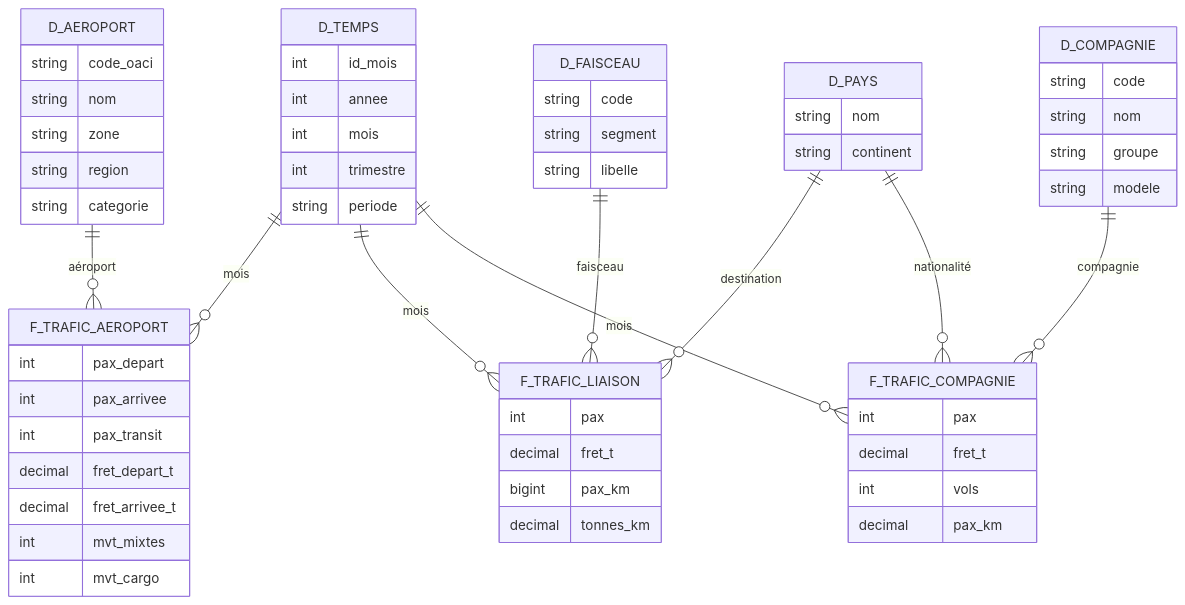
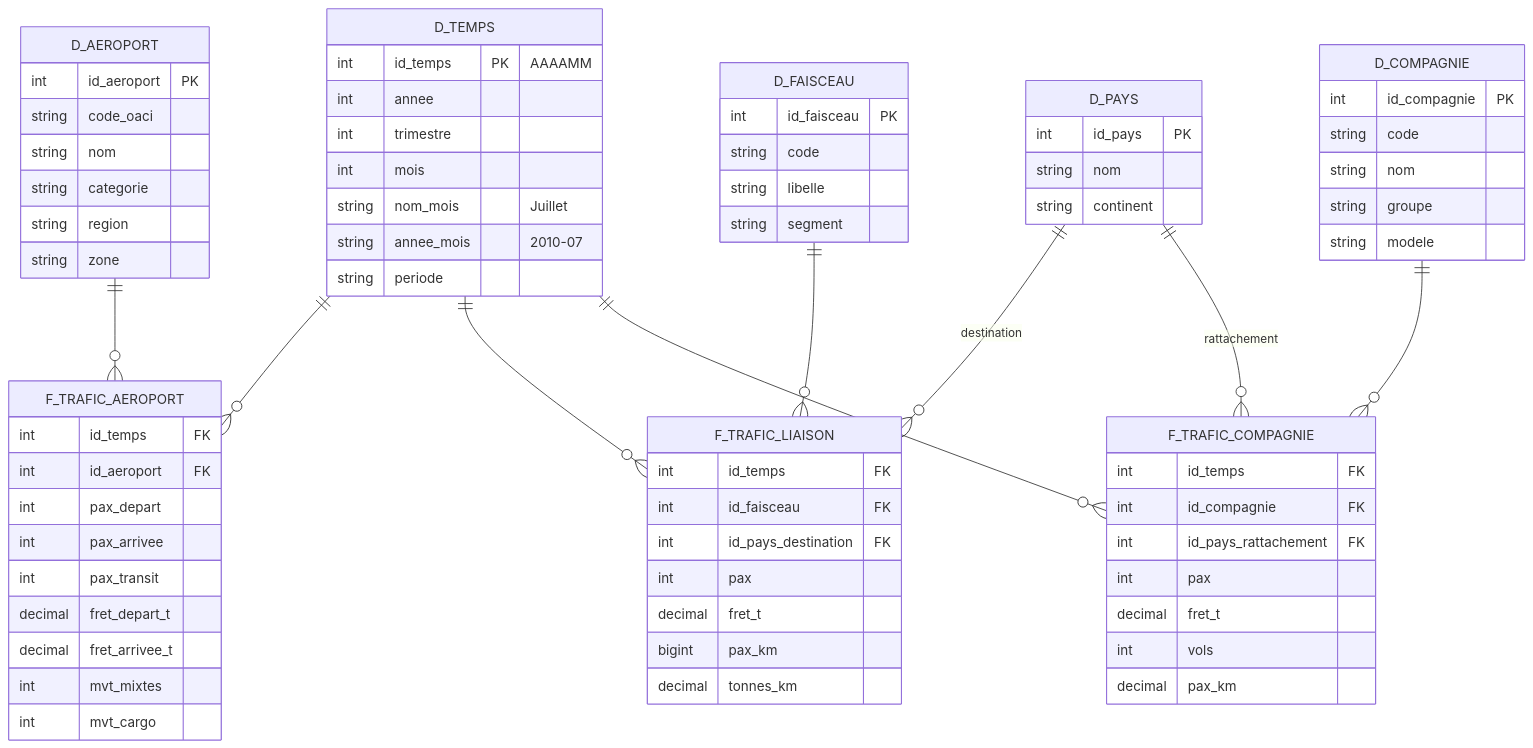
One commit to DANUTSHELL/PROJET-Dashboard-Trafic-Aerien-Commercial-Francais-par-Aeroport changed the first of 2 diagrams in README.md. Above: the diagram before and after it, drawn with Mermaid. The commit also changed other lines of this file and 2 other files, not shown here.

````diff
--- a/README.md
+++ b/README.md
@@ -55,62 +69,76 @@
 ```mermaid
 erDiagram
-    D_TEMPS ||--o{ F_TRAFIC_AEROPORT : "mois"
-    D_TEMPS ||--o{ F_TRAFIC_LIAISON : "mois"
-    D_TEMPS ||--o{ F_TRAFIC_COMPAGNIE : "mois"
-    D_AEROPORT ||--o{ F_TRAFIC_AEROPORT : "aéroport"
-    D_FAISCEAU ||--o{ F_TRAFIC_LIAISON : "faisceau"
+    D_TEMPS ||--o{ F_TRAFIC_AEROPORT : ""
+    D_TEMPS ||--o{ F_TRAFIC_LIAISON : ""
+    D_TEMPS ||--o{ F_TRAFIC_COMPAGNIE : ""
+    D_AEROPORT ||--o{ F_TRAFIC_AEROPORT : ""
+    D_FAISCEAU ||--o{ F_TRAFIC_LIAISON : ""
     D_PAYS ||--o{ F_TRAFIC_LIAISON : "destination"
-    D_PAYS ||--o{ F_TRAFIC_COMPAGNIE : "nationalité"
-    D_COMPAGNIE ||--o{ F_TRAFIC_COMPAGNIE : "compagnie"
+    D_PAYS ||--o{ F_TRAFIC_COMPAGNIE : "rattachement"
+    D_COMPAGNIE ||--o{ F_TRAFIC_COMPAGNIE : ""
 
     F_TRAFIC_AEROPORT {
+        int id_temps FK
+        int id_aeroport FK
         int pax_depart
         int pax_arrivee
         int pax_transit
         decimal fret_depart_t
         decimal fret_arrivee_t
         int mvt_mixtes
         int mvt_cargo
     }
     F_TRAFIC_LIAISON {
+        int id_temps FK
+        int id_faisceau FK
+        int id_pays_destination FK
         int pax
         decimal fret_t
         bigint pax_km
         decimal tonnes_km
     }
     F_TRAFIC_COMPAGNIE {
+        int id_temps FK
+        int id_compagnie FK
+        int id_pays_rattachement FK
         int pax
         decimal fret_t
         int vols
         decimal pax_km
     }
     D_TEMPS {
-        int id_mois
+        int id_temps PK "AAAAMM"
         int annee
+        int trimestre
         int mois
-        int trimestre
+        string nom_mois "Juillet"
+        string annee_mois "2010-07"
         string periode
     }
     D_AEROPORT {
+        int id_aeroport PK
         string code_oaci
         string nom
+        string categorie
+        string region
         string zone
-        string region
-        string categorie
     }
     D_FAISCEAU {
+        int id_faisceau PK
         string code
+        string libelle
         string segment
-        string libelle
     }
     D_PAYS {
+        int id_pays PK
         string nom
         string continent
     }
     D_COMPAGNIE {
+        int id_compagnie PK
         string code
         string nom
         string groupe
         string modele
     }
 ```
````
